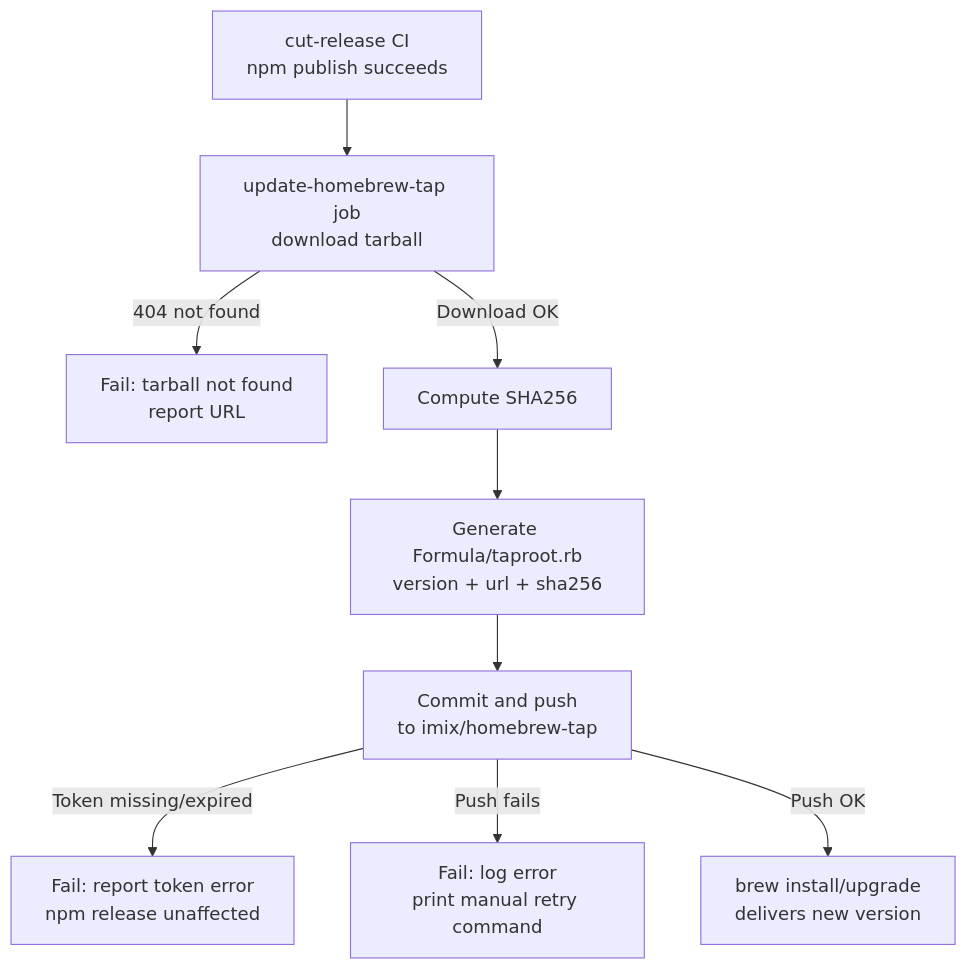
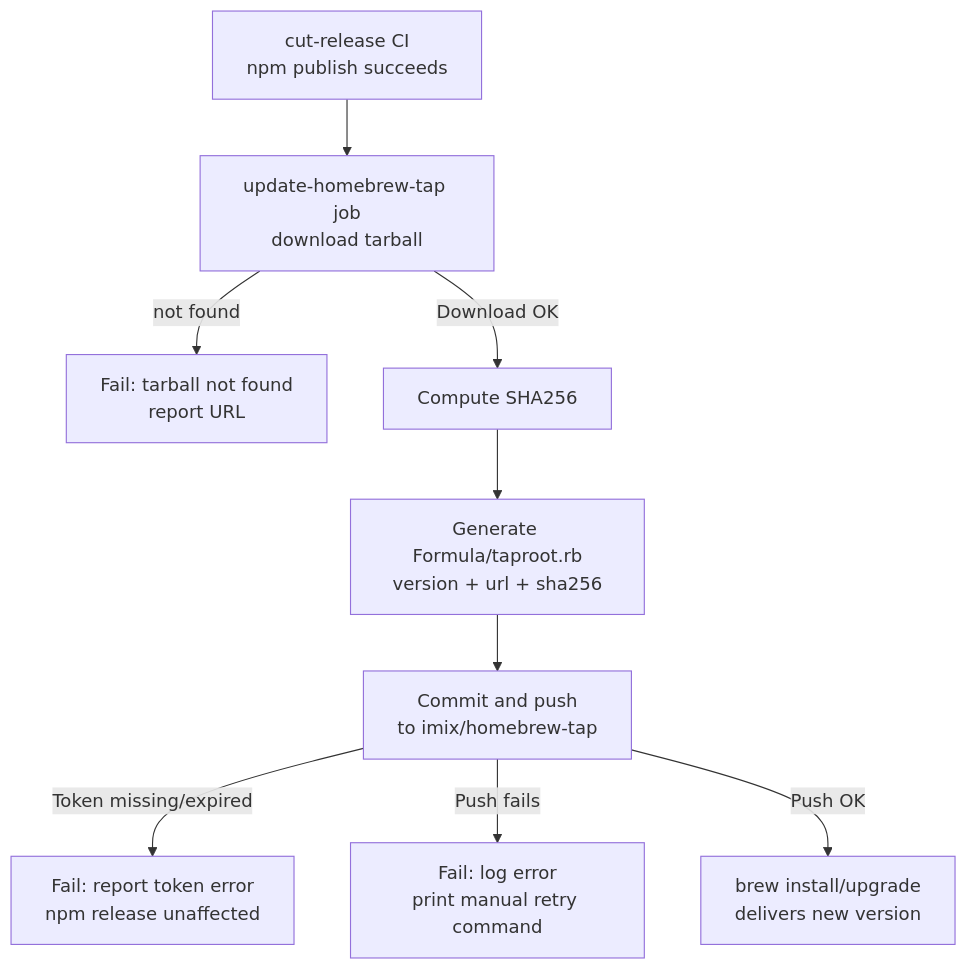
The diagram in taproot/specs/taproot-distribution/homebrew-tap/usecase.md (imix/taproot), drawn with Mermaid before and after one commit. The commit also changed other lines of this file and 10 other files, not shown here.

Commit message:
spec: remove technical language from usecase.md Main Flow/Error Conditions (spec-language sweep)

````diff
--- a/taproot/specs/taproot-distribution/homebrew-tap/usecase.md
+++ b/taproot/specs/taproot-distribution/homebrew-tap/usecase.md
@@ -57,11 +57,11 @@
 ```mermaid
 flowchart TD
     A[cut-release CI\nnpm publish succeeds] --> B[update-homebrew-tap job\ndownload tarball]
-    B -->|404 not found| C[Fail: tarball not found\nreport URL]
+    B -->|not found| C[Fail: tarball not found\nreport URL]
     B -->|Download OK| D[Compute SHA256]
     D --> E[Generate Formula/taproot.rb\nversion + url + sha256]
     E --> F[Commit and push\nto imix/homebrew-tap]
     F -->|Token missing/expired| G[Fail: report token error\nnpm release unaffected]
     F -->|Push fails| H[Fail: log error\nprint manual retry command]
     F -->|Push OK| I[brew install/upgrade\ndelivers new version]
 ```
````
